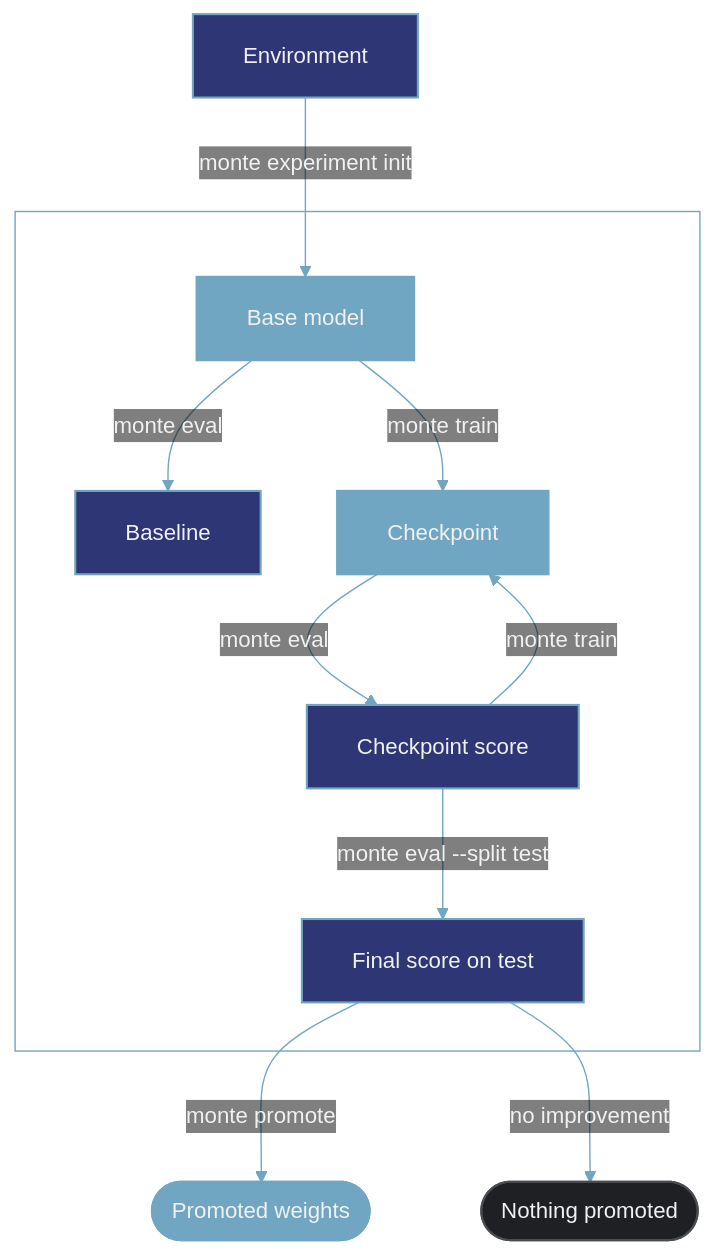
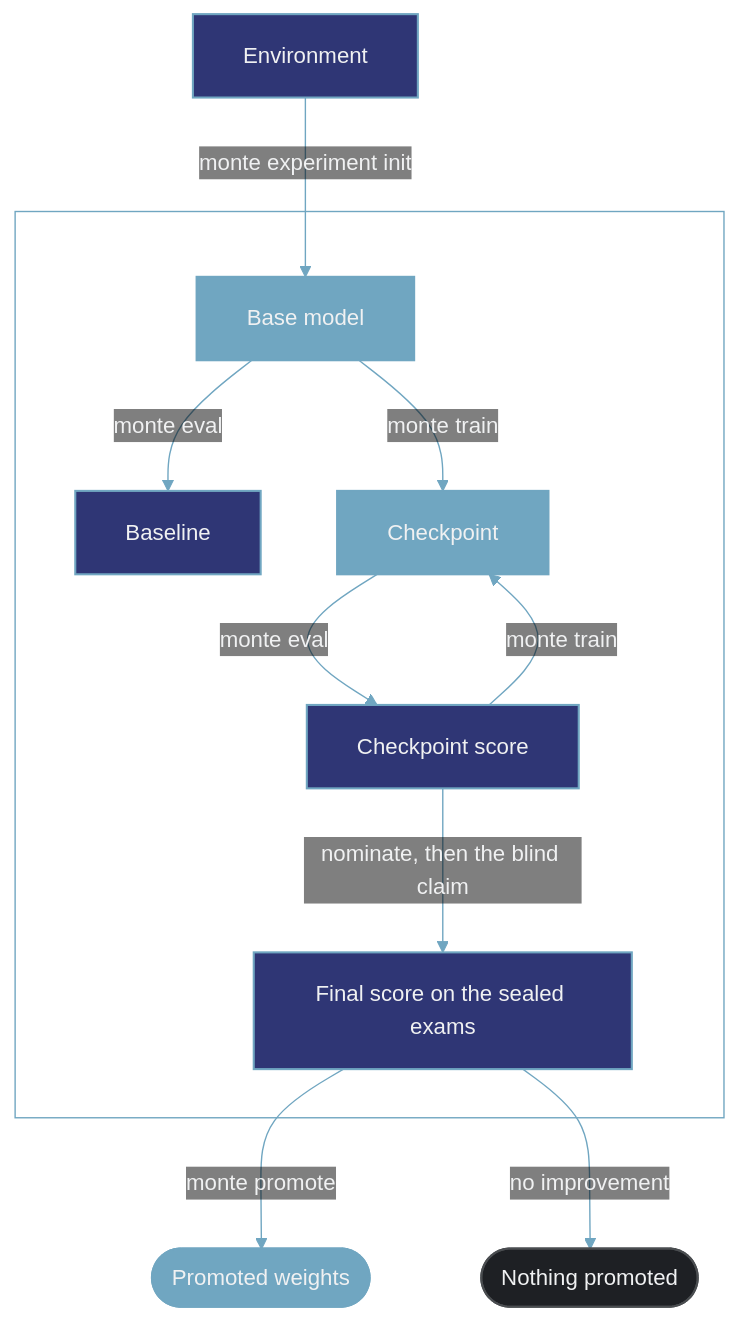
One commit to Monte-Inc/internal-monte-platform-docs changed the diagram in index.mdx. Above: the diagram before and after it, drawn with Mermaid. The commit also changed other lines of this file and 1 other file, not shown here.

First line of the commit message:
The front door and the walkthrough run on exams

````diff
--- a/index.mdx
+++ b/index.mdx
@@ -27,29 +27,29 @@
 ```mermaid actions={false}
 %%{init: {'theme': 'base', 'themeVariables': {'primaryColor': '#315594', 'primaryTextColor': '#F0F1F2', 'primaryBorderColor': '#315594', 'lineColor': '#70A6C1', 'textColor': '#17181B', 'clusterBkg': 'transparent', 'clusterBorder': '#70A6C1', 'edgeLabelBackground': 'transparent', 'tertiaryColor': '#315594', 'tertiaryTextColor': '#F0F1F2', 'tertiaryBorderColor': '#315594'}, 'flowchart': {'subGraphTitleMargin': {'top': 0, 'bottom': 12}, 'rankSpacing': 70, 'nodeSpacing': 55, 'padding': 18}}}%%
 flowchart TD
     ENV["Environment"]:::entry
 
     subgraph M[" "]
         BM["Base model"]:::model
         BASE["Baseline"]:::score
         CP["Checkpoint"]:::model
         SCORE["Checkpoint score"]:::score
-        FINAL["Final score on test"]:::score
+        FINAL["Final score on the sealed exams"]:::score
 
         BM -->|"monte eval"| BASE
         BM -->|"monte train"| CP
         CP -->|"monte eval"| SCORE
         SCORE -->|"monte train"| CP
-        SCORE -->|"monte eval --split test"| FINAL
+        SCORE -->|"nominate, then the blind claim"| FINAL
     end
 
     ENV -->|"monte experiment init"| BM
     FINAL -->|"monte promote"| PROM(["Promoted weights"]):::promoted
     FINAL -->|"no improvement"| NONE(["Nothing promoted"]):::none
 
     classDef entry fill:#2F3675,stroke:#70A6C1,stroke-width:1.5px,color:#F0F1F2;
     classDef model fill:#70A6C1,stroke:#70A6C1,stroke-width:1.5px,color:#F0F1F2;
     classDef score fill:#2F3675,stroke:#70A6C1,stroke-width:1.5px,color:#F0F1F2;
     classDef promoted fill:#70A6C1,stroke:#70A6C1,stroke-width:1.5px,color:#F0F1F2;
     classDef none fill:#1E2024,stroke:#4A4D50,stroke-width:1.5px,color:#F0F1F2;
 ```
````
